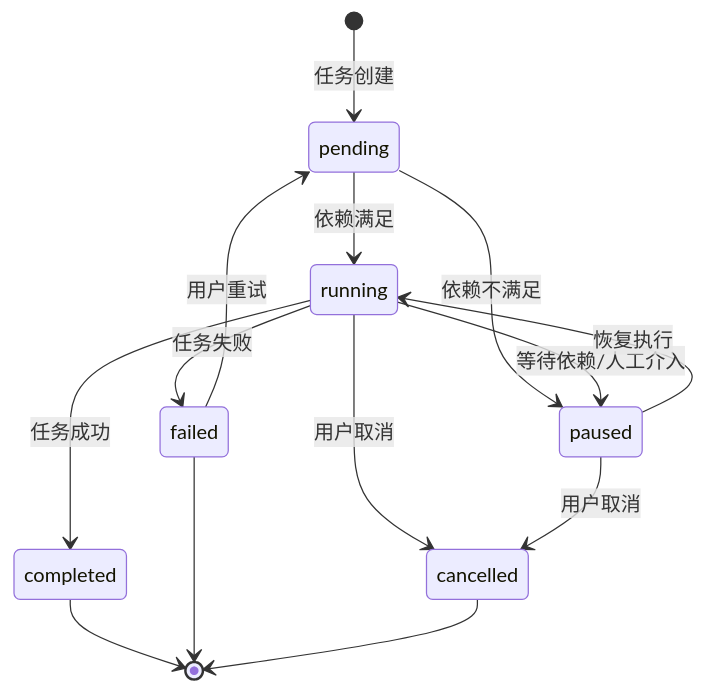
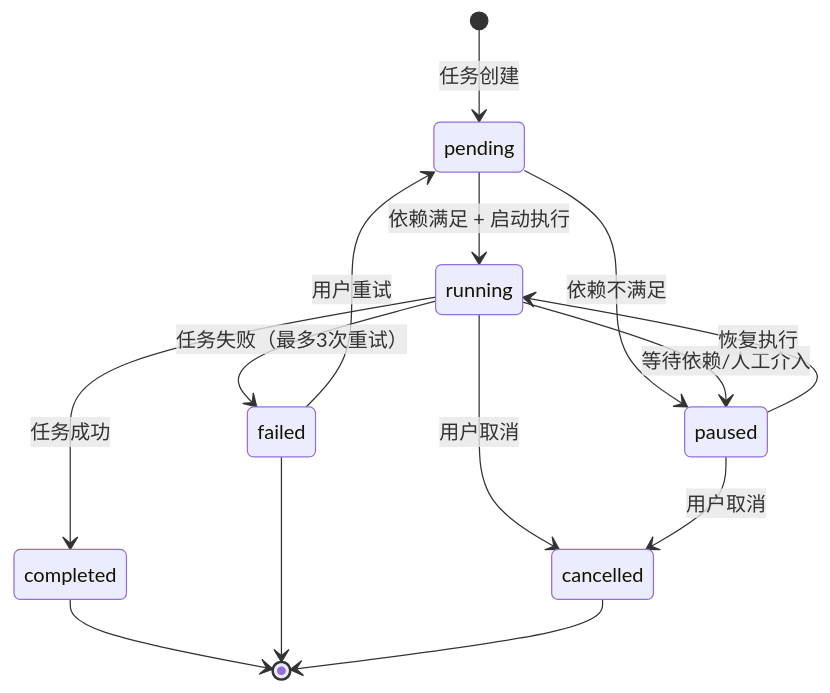
Before and after one commit to xxipv6/claudeSandBox: the fifth of 7 diagrams in ARCHITECTURE.md, drawn with Mermaid. The commit also changed other lines of this file, not shown here.

First line of the commit message:
docs: 更新 ARCHITECTURE.md 以匹配 v2.0.0 架构

````diff
--- a/ARCHITECTURE.md
+++ b/ARCHITECTURE.md
@@ -568,16 +200,16 @@
 ```mermaid
 stateDiagram-v2
     [*] --> pending: 任务创建
-    pending --> running: 依赖满足
+    pending --> running: 依赖满足 + 启动执行
     pending --> paused: 依赖不满足
     running --> completed: 任务成功
-    running --> failed: 任务失败
+    running --> failed: 任务失败（最多3次重试）
     running --> cancelled: 用户取消
     running --> paused: 等待依赖/人工介入
     paused --> running: 恢复执行
     paused --> cancelled: 用户取消
     failed --> pending: 用户重试
     completed --> [*]
     failed --> [*]
     cancelled --> [*]
 ```
````
